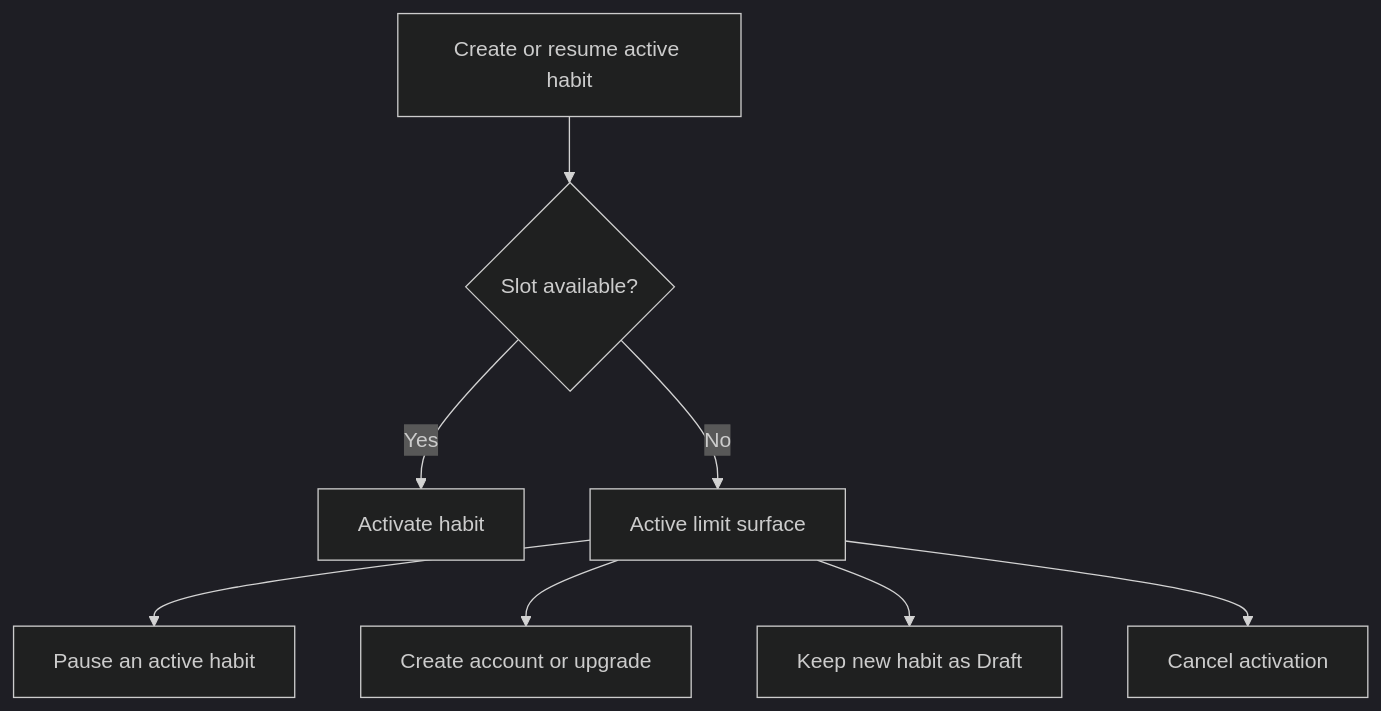
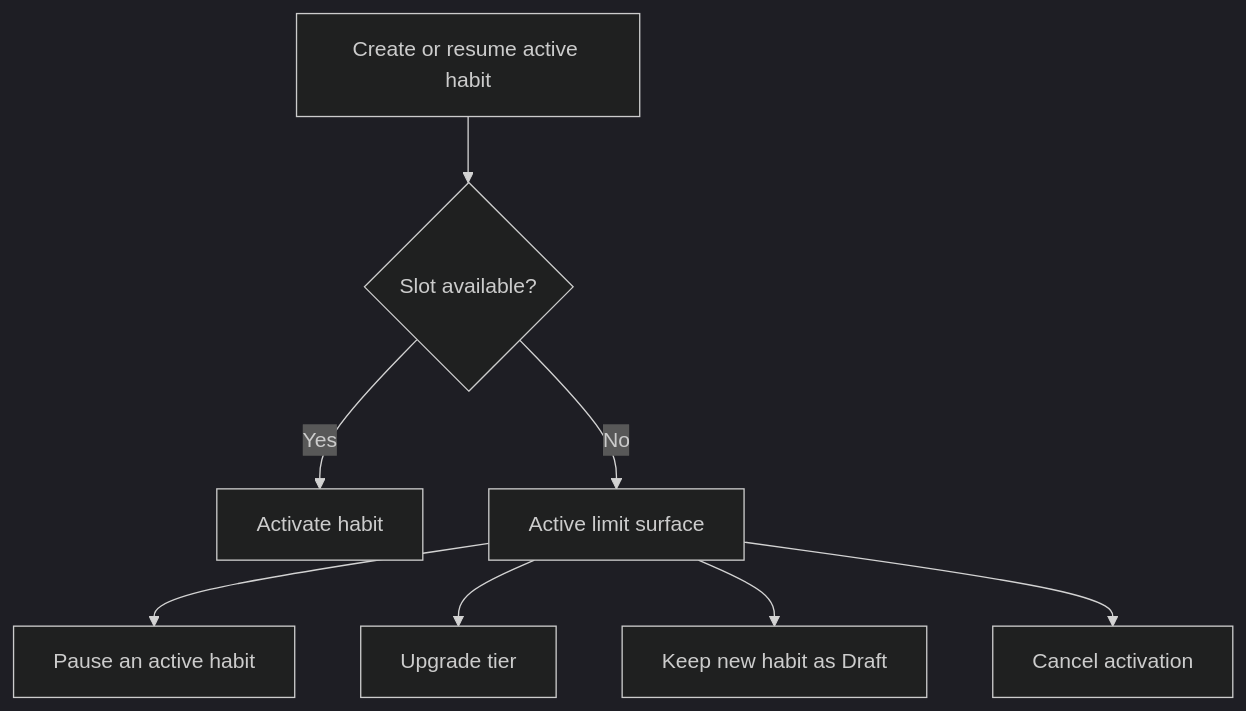
Before and after one commit to farzah14/recovery-first: the sixth of 19 diagrams in docs/specs/UX-FLOWS.md, drawn with Mermaid (dark theme). The commit also changed other lines of this file and 9 other files, not shown here.

````diff
--- a/docs/specs/UX-FLOWS.md
+++ b/docs/specs/UX-FLOWS.md
@@ -764,10 +759,10 @@
 ```mermaid
 flowchart TD
     Activate[Create or resume active habit] --> Limit{Slot available?}
     Limit -- Yes --> Success[Activate habit]
     Limit -- No --> Resolve[Active limit surface]
     Resolve --> Pause[Pause an active habit]
-    Resolve --> Upgrade[Create account or upgrade]
+    Resolve --> Upgrade[Upgrade tier]
     Resolve --> Draft[Keep new habit as Draft]
     Resolve --> Cancel[Cancel activation]
 ```
````
